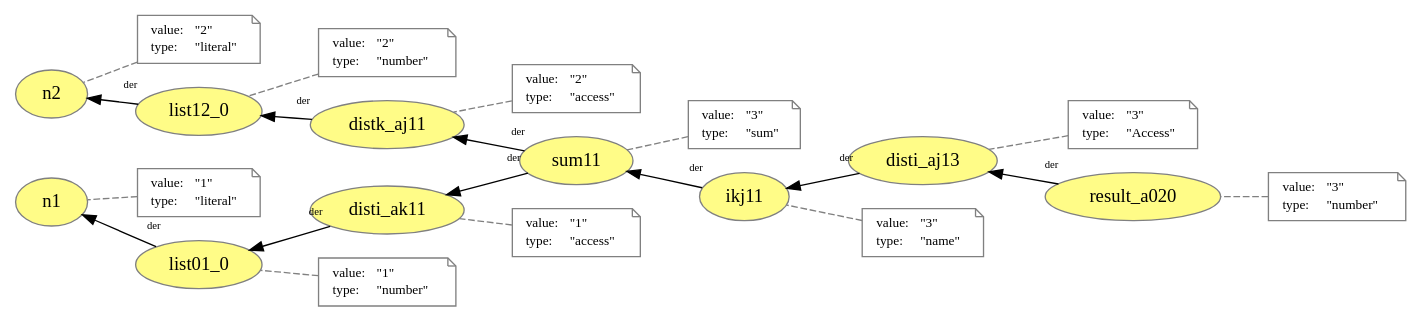
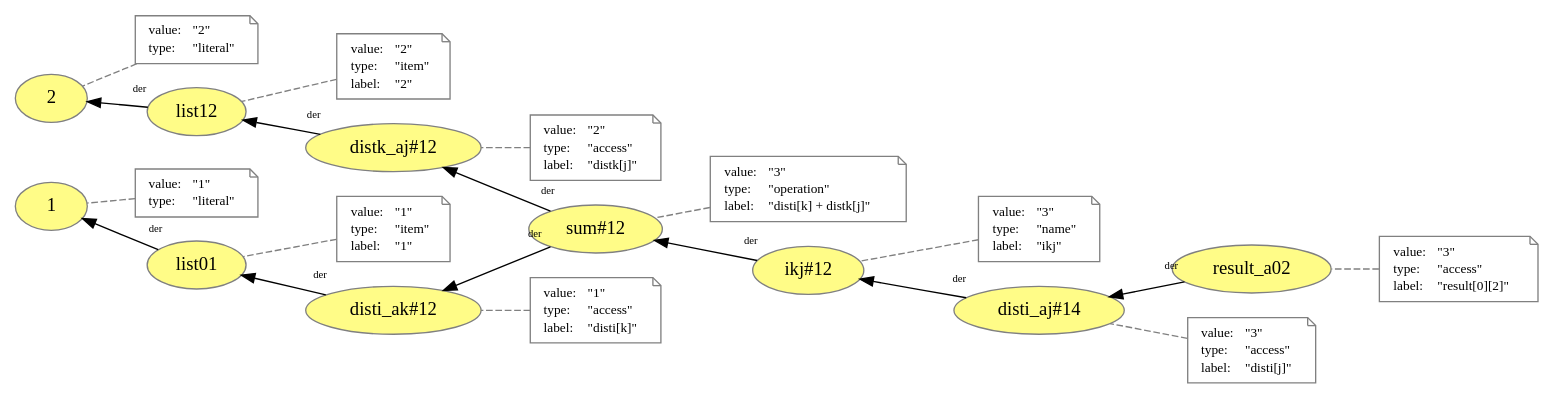
The diagram in prov_dictionary/query.dot (dew-uff/versioned-prov), drawn with Graphviz before and after one commit. The commit also changed 1730 other files, not shown here.

```diff
--- a/prov_dictionary/query.dot
+++ b/prov_dictionary/query.dot
@@ -1,131 +1,163 @@
 digraph "PROV" { size="16,12"; rankdir="RL";
-"http://example.org/list12_0" [fillcolor="#FFFC87",color="#808080",style="filled",label="list12_0",URL="http://example.org/list12_0"]
+"http://example.org/disti_aj#14" -> "http://example.org/ikj#12" [labelfontsize="8",labeldistance="1.5",labelangle="60.0",rotation="20",taillabel="der"]
+"http://example.org/list12" [fillcolor="#FFFC87",color="#808080",style="filled",label="list12",URL="http://example.org/list12"]
 "-attrs0" [color="gray",shape="note",fontsize="10",fontcolor="black",label=<<TABLE cellpadding="0" border="0">
 	<TR>
 	    <TD align="left">value:</TD>
 	    <TD align="left">&quot;2&quot;</TD>
 	</TR>
 	<TR>
 	    <TD align="left">type:</TD>
-	    <TD align="left">&quot;number&quot;</TD>
+	    <TD align="left">&quot;item&quot;</TD>
+	</TR>
+	<TR>
+	    <TD align="left">label:</TD>
+	    <TD align="left">&quot;2&quot;</TD>
 	</TR>
 </TABLE>>]
-"-attrs0" -> "http://example.org/list12_0" [color="gray",style="dashed",arrowhead="none"]
-"http://example.org/disti_aj13" [fillcolor="#FFFC87",color="#808080",style="filled",label="disti_aj13",URL="http://example.org/disti_aj13"]
+"-attrs0" -> "http://example.org/list12" [color="gray",style="dashed",arrowhead="none"]
+"http://example.org/1" [fillcolor="#FFFC87",color="#808080",style="filled",label="1",URL="http://example.org/1"]
 "-attrs1" [color="gray",shape="note",fontsize="10",fontcolor="black",label=<<TABLE cellpadding="0" border="0">
-	<TR>
-	    <TD align="left">value:</TD>
-	    <TD align="left">&quot;3&quot;</TD>
-	</TR>
-	<TR>
-	    <TD align="left">type:</TD>
-	    <TD align="left">&quot;Access&quot;</TD>
-	</TR>
-</TABLE>>]
-"-attrs1" -> "http://example.org/disti_aj13" [color="gray",style="dashed",arrowhead="none"]
-"http://example.org/disti_ak11" [fillcolor="#FFFC87",color="#808080",style="filled",label="disti_ak11",URL="http://example.org/disti_ak11"]
-"-attrs2" [color="gray",shape="note",fontsize="10",fontcolor="black",label=<<TABLE cellpadding="0" border="0">
 	<TR>
 	    <TD align="left">value:</TD>
 	    <TD align="left">&quot;1&quot;</TD>
 	</TR>
 	<TR>
 	    <TD align="left">type:</TD>
+	    <TD align="left">&quot;literal&quot;</TD>
+	</TR>
+</TABLE>>]
+"-attrs1" -> "http://example.org/1" [color="gray",style="dashed",arrowhead="none"]
+"http://example.org/distk_aj#12" [fillcolor="#FFFC87",color="#808080",style="filled",label="distk_aj#12",URL="http://example.org/distk_aj#12"]
+"-attrs2" [color="gray",shape="note",fontsize="10",fontcolor="black",label=<<TABLE cellpadding="0" border="0">
+	<TR>
+	    <TD align="left">value:</TD>
+	    <TD align="left">&quot;2&quot;</TD>
+	</TR>
+	<TR>
+	    <TD align="left">type:</TD>
 	    <TD align="left">&quot;access&quot;</TD>
 	</TR>
+	<TR>
+	    <TD align="left">label:</TD>
+	    <TD align="left">&quot;distk[j]&quot;</TD>
+	</TR>
 </TABLE>>]
-"-attrs2" -> "http://example.org/disti_ak11" [color="gray",style="dashed",arrowhead="none"]
-"http://example.org/n2" [fillcolor="#FFFC87",color="#808080",style="filled",label="n2",URL="http://example.org/n2"]
+"-attrs2" -> "http://example.org/distk_aj#12" [color="gray",style="dashed",arrowhead="none"]
+"http://example.org/list01" [fillcolor="#FFFC87",color="#808080",style="filled",label="list01",URL="http://example.org/list01"]
 "-attrs3" [color="gray",shape="note",fontsize="10",fontcolor="black",label=<<TABLE cellpadding="0" border="0">
+	<TR>
+	    <TD align="left">value:</TD>
+	    <TD align="left">&quot;1&quot;</TD>
+	</TR>
+	<TR>
+	    <TD align="left">type:</TD>
+	    <TD align="left">&quot;item&quot;</TD>
+	</TR>
+	<TR>
+	    <TD align="left">label:</TD>
+	    <TD align="left">&quot;1&quot;</TD>
+	</TR>
+</TABLE>>]
+"-attrs3" -> "http://example.org/list01" [color="gray",style="dashed",arrowhead="none"]
+"http://example.org/2" [fillcolor="#FFFC87",color="#808080",style="filled",label="2",URL="http://example.org/2"]
+"-attrs4" [color="gray",shape="note",fontsize="10",fontcolor="black",label=<<TABLE cellpadding="0" border="0">
 	<TR>
 	    <TD align="left">value:</TD>
 	    <TD align="left">&quot;2&quot;</TD>
 	</TR>
 	<TR>
 	    <TD align="left">type:</TD>
 	    <TD align="left">&quot;literal&quot;</TD>
 	</TR>
 </TABLE>>]
-"-attrs3" -> "http://example.org/n2" [color="gray",style="dashed",arrowhead="none"]
-"http://example.org/sum11" -> "http://example.org/disti_ak11" [labelfontsize="8",labeldistance="1.5",labelangle="60.0",rotation="20",taillabel="der"]
-"http://example.org/disti_ak11" -> "http://example.org/list01_0" [labelfontsize="8",labeldistance="1.5",labelangle="60.0",rotation="20",taillabel="der"]
-"http://example.org/list01_0" [fillcolor="#FFFC87",color="#808080",style="filled",label="list01_0",URL="http://example.org/list01_0"]
-"-attrs4" [color="gray",shape="note",fontsize="10",fontcolor="black",label=<<TABLE cellpadding="0" border="0">
-	<TR>
-	    <TD align="left">value:</TD>
-	    <TD align="left">&quot;1&quot;</TD>
-	</TR>
-	<TR>
-	    <TD align="left">type:</TD>
-	    <TD align="left">&quot;number&quot;</TD>
-	</TR>
-</TABLE>>]
-"-attrs4" -> "http://example.org/list01_0" [color="gray",style="dashed",arrowhead="none"]
-"http://example.org/n1" [fillcolor="#FFFC87",color="#808080",style="filled",label="n1",URL="http://example.org/n1"]
+"-attrs4" -> "http://example.org/2" [color="gray",style="dashed",arrowhead="none"]
+"http://example.org/result_a02" [fillcolor="#FFFC87",color="#808080",style="filled",label="result_a02",URL="http://example.org/result_a02"]
 "-attrs5" [color="gray",shape="note",fontsize="10",fontcolor="black",label=<<TABLE cellpadding="0" border="0">
-	<TR>
-	    <TD align="left">value:</TD>
-	    <TD align="left">&quot;1&quot;</TD>
-	</TR>
-	<TR>
-	    <TD align="left">type:</TD>
-	    <TD align="left">&quot;literal&quot;</TD>
-	</TR>
-</TABLE>>]
-"-attrs5" -> "http://example.org/n1" [color="gray",style="dashed",arrowhead="none"]
-"http://example.org/result_a020" [fillcolor="#FFFC87",color="#808080",style="filled",label="result_a020",URL="http://example.org/result_a020"]
-"-attrs6" [color="gray",shape="note",fontsize="10",fontcolor="black",label=<<TABLE cellpadding="0" border="0">
 	<TR>
 	    <TD align="left">value:</TD>
 	    <TD align="left">&quot;3&quot;</TD>
 	</TR>
 	<TR>
 	    <TD align="left">type:</TD>
-	    <TD align="left">&quot;number&quot;</TD>
+	    <TD align="left">&quot;access&quot;</TD>
+	</TR>
+	<TR>
+	    <TD align="left">label:</TD>
+	    <TD align="left">&quot;result[0][2]&quot;</TD>
 	</TR>
 </TABLE>>]
-"-attrs6" -> "http://example.org/result_a020" [color="gray",style="dashed",arrowhead="none"]
-"http://example.org/result_a020" -> "http://example.org/disti_aj13" [labelfontsize="8",labeldistance="1.5",labelangle="60.0",rotation="20",taillabel="der"]
-"http://example.org/sum11" [fillcolor="#FFFC87",color="#808080",style="filled",label="sum11",URL="http://example.org/sum11"]
-"-attrs7" [color="gray",shape="note",fontsize="10",fontcolor="black",label=<<TABLE cellpadding="0" border="0">
-	<TR>
-	    <TD align="left">value:</TD>
-	    <TD align="left">&quot;3&quot;</TD>
-	</TR>
-	<TR>
-	    <TD align="left">type:</TD>
-	    <TD align="left">&quot;sum&quot;</TD>
-	</TR>
-</TABLE>>]
-"-attrs7" -> "http://example.org/sum11" [color="gray",style="dashed",arrowhead="none"]
-"http://example.org/sum11" -> "http://example.org/distk_aj11" [labelfontsize="8",labeldistance="1.5",labelangle="60.0",rotation="20",taillabel="der"]
-"http://example.org/list12_0" -> "http://example.org/n2" [labelfontsize="8",labeldistance="1.5",labelangle="60.0",rotation="20",taillabel="der"]
-"http://example.org/distk_aj11" -> "http://example.org/list12_0" [labelfontsize="8",labeldistance="1.5",labelangle="60.0",rotation="20",taillabel="der"]
-"http://example.org/ikj11" -> "http://example.org/sum11" [labelfontsize="8",labeldistance="1.5",labelangle="60.0",rotation="20",taillabel="der"]
-"http://example.org/distk_aj11" [fillcolor="#FFFC87",color="#808080",style="filled",label="distk_aj11",URL="http://example.org/distk_aj11"]
-"-attrs8" [color="gray",shape="note",fontsize="10",fontcolor="black",label=<<TABLE cellpadding="0" border="0">
-	<TR>
-	    <TD align="left">value:</TD>
-	    <TD align="left">&quot;2&quot;</TD>
-	</TR>
-	<TR>
-	    <TD align="left">type:</TD>
-	    <TD align="left">&quot;access&quot;</TD>
-	</TR>
-</TABLE>>]
-"-attrs8" -> "http://example.org/distk_aj11" [color="gray",style="dashed",arrowhead="none"]
-"http://example.org/ikj11" [fillcolor="#FFFC87",color="#808080",style="filled",label="ikj11",URL="http://example.org/ikj11"]
-"-attrs9" [color="gray",shape="note",fontsize="10",fontcolor="black",label=<<TABLE cellpadding="0" border="0">
+"-attrs5" -> "http://example.org/result_a02" [color="gray",style="dashed",arrowhead="none"]
+"http://example.org/ikj#12" [fillcolor="#FFFC87",color="#808080",style="filled",label="ikj#12",URL="http://example.org/ikj#12"]
+"-attrs6" [color="gray",shape="note",fontsize="10",fontcolor="black",label=<<TABLE cellpadding="0" border="0">
 	<TR>
 	    <TD align="left">value:</TD>
 	    <TD align="left">&quot;3&quot;</TD>
 	</TR>
 	<TR>
 	    <TD align="left">type:</TD>
 	    <TD align="left">&quot;name&quot;</TD>
 	</TR>
+	<TR>
+	    <TD align="left">label:</TD>
+	    <TD align="left">&quot;ikj&quot;</TD>
+	</TR>
 </TABLE>>]
-"-attrs9" -> "http://example.org/ikj11" [color="gray",style="dashed",arrowhead="none"]
-"http://example.org/disti_aj13" -> "http://example.org/ikj11" [labelfontsize="8",labeldistance="1.5",labelangle="60.0",rotation="20",taillabel="der"]
-"http://example.org/list01_0" -> "http://example.org/n1" [labelfontsize="8",labeldistance="1.5",labelangle="60.0",rotation="20",taillabel="der"]
+"-attrs6" -> "http://example.org/ikj#12" [color="gray",style="dashed",arrowhead="none"]
+"http://example.org/list12" -> "http://example.org/2" [labelfontsize="8",labeldistance="1.5",labelangle="60.0",rotation="20",taillabel="der"]
+"http://example.org/disti_aj#14" [fillcolor="#FFFC87",color="#808080",style="filled",label="disti_aj#14",URL="http://example.org/disti_aj#14"]
+"-attrs7" [color="gray",shape="note",fontsize="10",fontcolor="black",label=<<TABLE cellpadding="0" border="0">
+	<TR>
+	    <TD align="left">value:</TD>
+	    <TD align="left">&quot;3&quot;</TD>
+	</TR>
+	<TR>
+	    <TD align="left">type:</TD>
+	    <TD align="left">&quot;access&quot;</TD>
+	</TR>
+	<TR>
+	    <TD align="left">label:</TD>
+	    <TD align="left">&quot;disti[j]&quot;</TD>
+	</TR>
+</TABLE>>]
+"-attrs7" -> "http://example.org/disti_aj#14" [color="gray",style="dashed",arrowhead="none"]
+"http://example.org/sum#12" -> "http://example.org/distk_aj#12" [labelfontsize="8",labeldistance="1.5",labelangle="60.0",rotation="20",taillabel="der"]
+"http://example.org/ikj#12" -> "http://example.org/sum#12" [labelfontsize="8",labeldistance="1.5",labelangle="60.0",rotation="20",taillabel="der"]
+"http://example.org/list01" -> "http://example.org/1" [labelfontsize="8",labeldistance="1.5",labelangle="60.0",rotation="20",taillabel="der"]
+"http://example.org/result_a02" -> "http://example.org/disti_aj#14" [labelfontsize="8",labeldistance="1.5",labelangle="60.0",rotation="20",taillabel="der"]
+"http://example.org/disti_ak#12" -> "http://example.org/list01" [labelfontsize="8",labeldistance="1.5",labelangle="60.0",rotation="20",taillabel="der"]
+"http://example.org/sum#12" -> "http://example.org/disti_ak#12" [labelfontsize="8",labeldistance="1.5",labelangle="60.0",rotation="20",taillabel="der"]
+"http://example.org/distk_aj#12" -> "http://example.org/list12" [labelfontsize="8",labeldistance="1.5",labelangle="60.0",rotation="20",taillabel="der"]
+"http://example.org/disti_ak#12" [fillcolor="#FFFC87",color="#808080",style="filled",label="disti_ak#12",URL="http://example.org/disti_ak#12"]
+"-attrs8" [color="gray",shape="note",fontsize="10",fontcolor="black",label=<<TABLE cellpadding="0" border="0">
+	<TR>
+	    <TD align="left">value:</TD>
+	    <TD align="left">&quot;1&quot;</TD>
+	</TR>
+	<TR>
+	    <TD align="left">type:</TD>
+	    <TD align="left">&quot;access&quot;</TD>
+	</TR>
+	<TR>
+	    <TD align="left">label:</TD>
+	    <TD align="left">&quot;disti[k]&quot;</TD>
+	</TR>
+</TABLE>>]
+"-attrs8" -> "http://example.org/disti_ak#12" [color="gray",style="dashed",arrowhead="none"]
+"http://example.org/sum#12" [fillcolor="#FFFC87",color="#808080",style="filled",label="sum#12",URL="http://example.org/sum#12"]
+"-attrs9" [color="gray",shape="note",fontsize="10",fontcolor="black",label=<<TABLE cellpadding="0" border="0">
+	<TR>
+	    <TD align="left">value:</TD>
+	    <TD align="left">&quot;3&quot;</TD>
+	</TR>
+	<TR>
+	    <TD align="left">type:</TD>
+	    <TD align="left">&quot;operation&quot;</TD>
+	</TR>
+	<TR>
+	    <TD align="left">label:</TD>
+	    <TD align="left">&quot;disti[k] + distk[j]&quot;</TD>
+	</TR>
+</TABLE>>]
+"-attrs9" -> "http://example.org/sum#12" [color="gray",style="dashed",arrowhead="none"]
 }
```
